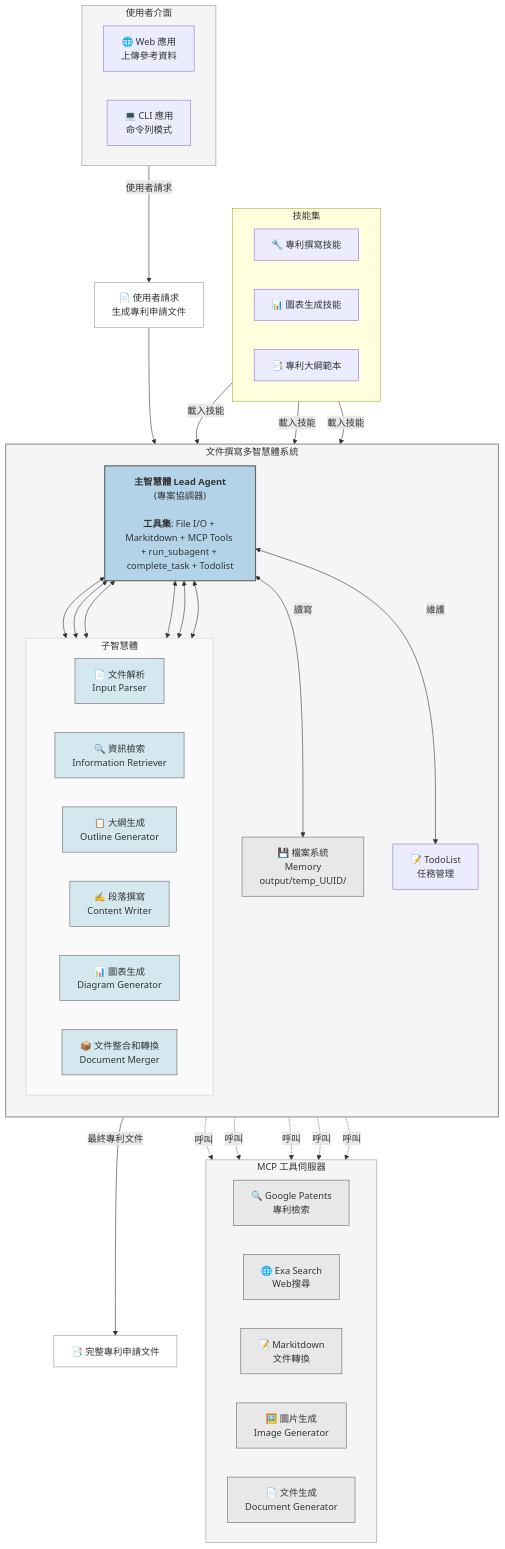
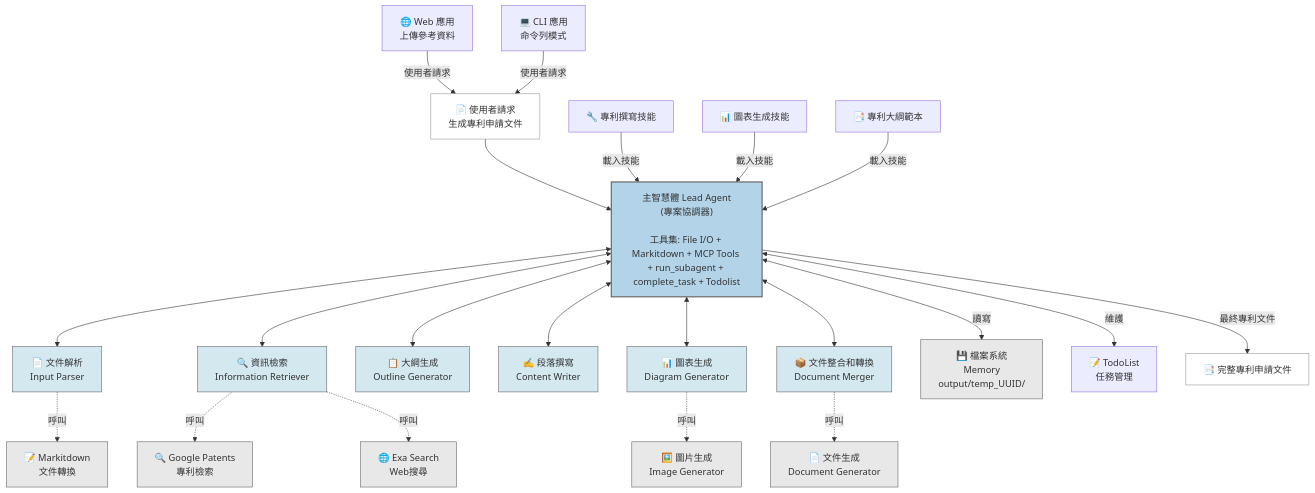
One commit to Raw1mage/PatentDrafter changed the diagram in arch.md. Above: the diagram before and after it, drawn with Mermaid. The commit also changed 13 other files, not shown here.

First line of the commit message:
修復所有 Mermaid 圖表語法問題

````diff
--- a/arch.md
+++ b/arch.md
@@ -5,52 +5,29 @@
 ```mermaid
-graph TB
-    %% 使用者介面
-    subgraph UserInterface["使用者介面"]
-        direction LR
-        WebUI["🌐 Web 應用<br/>上傳參考資料"]
-        CLI["💻 CLI 應用<br/>命令列模式"]
-    end
+flowchart TB
+    WebUI["🌐 Web 應用<br/>上傳參考資料"]
+    CLI["💻 CLI 應用<br/>命令列模式"]
+    UserRequest["📄 使用者請求<br/>生成專利申請文件"]
+    LeadAgent["主智慧體 Lead Agent<br/>(專案協調器)<br/><br/>工具集: File I/O + Markitdown + MCP Tools + run_subagent + complete_task + Todolist"]
+    S1["📄 文件解析<br/>Input Parser"]
+    S2["🔍 資訊檢索<br/>Information Retriever"]
+    S3["📋 大綱生成<br/>Outline Generator"]
+    S4["✍️ 段落撰寫<br/>Content Writer"]
+    S5["📊 圖表生成<br/>Diagram Generator"]
+    S6["📦 文件整合和轉換<br/>Document Merger"]
+    Memory["💾 檔案系統<br/>Memory<br/>output/temp_UUID/"]
+    TodoList["📝 TodoList<br/>任務管理"]
+    GooglePatents["🔍 Google Patents<br/>專利檢索"]
+    ExaSearch["🌐 Exa Search<br/>Web搜尋"]
+    Markitdown["📝 Markitdown<br/>文件轉換"]
+    ImageGenerator["🖼️ 圖片生成<br/>Image Generator"]
+    DocumentGenerator["📄 文件生成<br/>Document Generator"]
+    FinalOutput["📑 完整專利申請文件"]
+    PatentSkills["🔧 專利撰寫技能"]
+    DiagramSkills["📊 圖表生成技能"]
+    PatentOutline["📑 專利大綱範本"]
 
-    %% 使用者請求
-    UserRequest["📄 使用者請求<br/>生成專利申請文件"]
-
-    %% 多智慧體系統
-    subgraph MultiAgent["文件撰寫多智慧體系統"]
-        direction TB
-
-        %% 主智慧體
-        LeadAgent["<b>主智慧體 Lead Agent</b><br/>(專案協調器)<br/><br/><b>工具集</b>: File I/O + Markitdown + MCP Tools + run_subagent + complete_task + Todolist"]
-
-        %% 子智慧體
-        subgraph Subagents["子智慧體"]
-            direction LR
-            S1["📄 文件解析<br/>Input Parser"]
-            S2["🔍 資訊檢索<br/>Information Retriever"]
-            S3["📋 大綱生成<br/>Outline Generator"]
-            S4["✍️ 段落撰寫<br/>Content Writer"]
-            S5["📊 圖表生成<br/>Diagram Generator"]
-            S6["📦 文件整合和轉換<br/>Document Merger"]
-        end
-
-        %% 檔案系統
-        Memory["💾 檔案系統<br/>Memory<br/>output/temp_UUID/"]
-
-        %% TODO管理
-        TodoList["📝 TodoList<br/>任務管理"]
-    end
-
-    %% MCP工具層
-    subgraph MCPTools["MCP 工具伺服器"]
-        direction LR
-        GooglePatents["🔍 Google Patents<br/>專利檢索"]
-        ExaSearch["🌐 Exa Search<br/>Web搜尋"]
-        Markitdown["📝 Markitdown<br/>文件轉換"]
-        ImageGenerator["🖼️ 圖片生成<br/>Image Generator"]
-        DocumentGenerator["📄 文件生成<br/>Document Generator"]
-    end
-
-    %% 連接關係
-    UserInterface -->|使用者請求| UserRequest
+    WebUI -->|使用者請求| UserRequest
+    CLI -->|使用者請求| UserRequest
     UserRequest --> LeadAgent
 
     LeadAgent <--> S1
@@ -69,22 +46,12 @@
     S5 -.呼叫.-> ImageGenerator
     S6 -.呼叫.-> DocumentGenerator
 
-    LeadAgent -->|最終專利文件| FinalOutput["📑 完整專利申請文件"]
-
-    subgraph Skills["技能集"]
-        direction LR
-        PatentSkills["🔧 專利撰寫技能"]
-        DiagramSkills["📊 圖表生成技能"]
-        PatentOutline["📑 專利大綱範本"]
-    end
+    LeadAgent -->|最終專利文件| FinalOutput
 
     PatentSkills -->|載入技能| LeadAgent
     DiagramSkills -->|載入技能| LeadAgent
     PatentOutline -->|載入技能| LeadAgent
 
-
-
-    %% 樣式定義
     style LeadAgent fill:#B3D4E8,stroke:#666,stroke-width:2px,color:#333
     style S1 fill:#D4E8F0,stroke:#666,stroke-width:1px,color:#333
     style S2 fill:#D4E8F0,stroke:#666,stroke-width:1px,color:#333
@@ -98,11 +65,6 @@
     style Markitdown fill:#E8E8E8,stroke:#666,stroke-width:1px,color:#333
     style DocumentGenerator fill:#E8E8E8,stroke:#666,stroke-width:1px,color:#333
     style ImageGenerator fill:#E8E8E8,stroke:#666,stroke-width:1px,color:#333
-
-    style UserInterface fill:#F5F5F5,stroke:#999,stroke-width:1px
-    style MultiAgent fill:#F5F5F5,stroke:#999,stroke-width:2px
-    style MCPTools fill:#F5F5F5,stroke:#999,stroke-width:1px
-    style Subagents fill:#FAFAFA,stroke:#CCC,stroke-width:1px
     style UserRequest fill:#FFF,stroke:#999,stroke-width:1px,color:#333
     style FinalOutput fill:#FFF,stroke:#999,stroke-width:1px,color:#333
 ```
````
